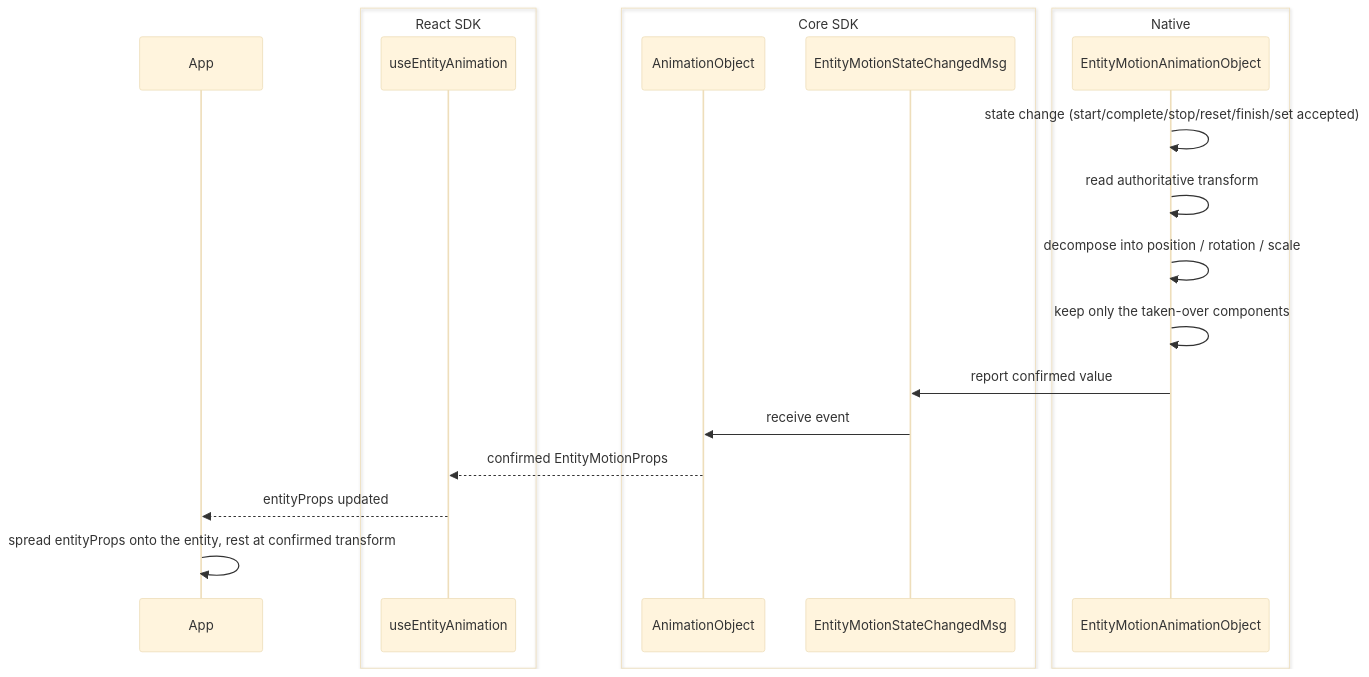
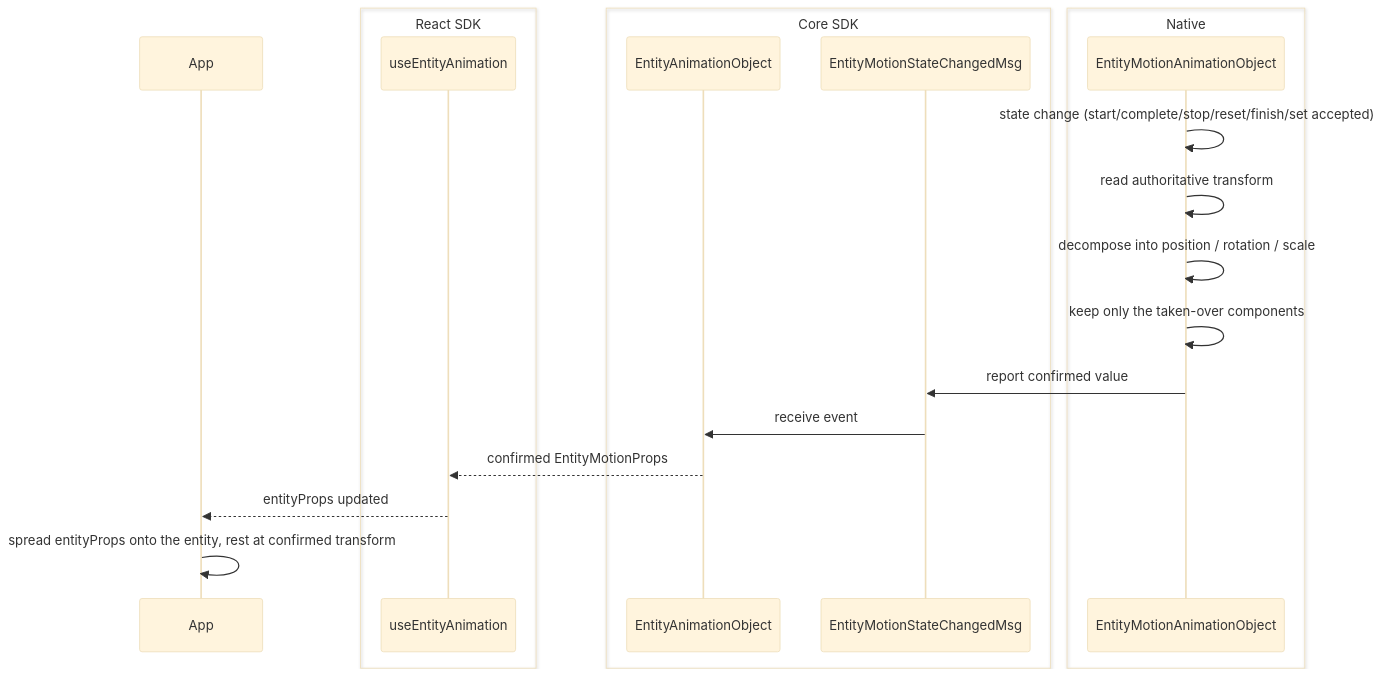
The fourth of 14 diagrams in openspec/changes/redesign-entity-motion-api/design.md (webspatial/webspatial-sdk), drawn with Mermaid (base theme) before and after one commit. The commit also changed other lines of this file and 1 other file, not shown here.

````diff
--- a/openspec/changes/redesign-entity-motion-api/design.md
+++ b/openspec/changes/redesign-entity-motion-api/design.md
@@ -316,24 +351,24 @@
 ```mermaid
 sequenceDiagram
     participant App
     box React SDK
         participant Hook as useEntityAnimation
     end
     box Core SDK
-        participant Obj as AnimationObject
+        participant Obj as EntityAnimationObject
         participant Event as EntityMotionStateChangedMsg
     end
     box Native
         participant NativeObj as EntityMotionAnimationObject
     end
 
     NativeObj->>NativeObj: state change (start/complete/stop/reset/finish/set accepted)
     NativeObj->>NativeObj: read authoritative transform
     NativeObj->>NativeObj: decompose into position / rotation / scale
     NativeObj->>NativeObj: keep only the taken-over components
     NativeObj->>Event: report confirmed value
     Event->>Obj: receive event
     Obj-->>Hook: confirmed EntityMotionProps
     Hook-->>App: entityProps updated
     App->>App: spread entityProps onto the entity, rest at confirmed transform
 ```
````
